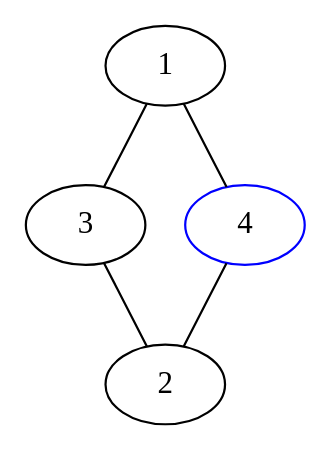
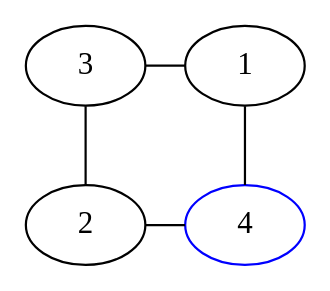
One commit to bilboquet/gamelib changed the diagram in sprouts/112.dot. Above: the diagram before and after it, drawn with Graphviz. The commit also changed 12 other files, not shown here.

```diff
--- a/sprouts/112.dot
+++ b/sprouts/112.dot
@@ -1,6 +1,24 @@
 graph {
-  1 -- 3 -- 2;
-  1 -- 4 -- 2;
+  3 -- 1;
+  3 -- 2;
+  1 -- 4;
+  2 -- 4;
+
+  {
+    rank="same";
+    1;
+    3;
+
+  }
+
+
+  {
+    rank="same";
+    2;
+    4;
+
+  }
+
   4 [color="blue"];
 
 }
```
